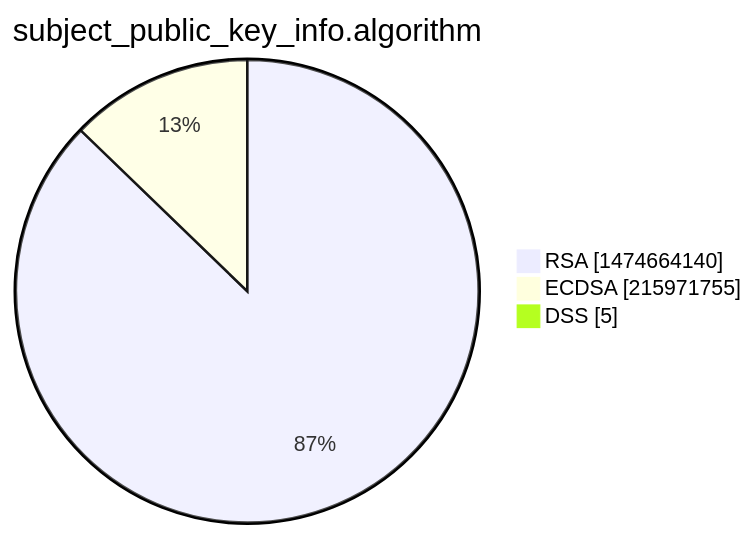
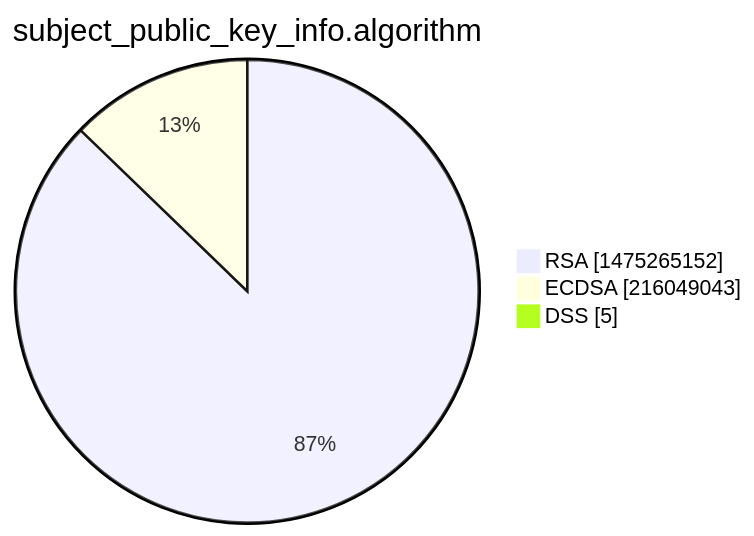
Before and after one commit to christiankrug/ctmonitor_visualization: the third of 15 diagrams in xenon2022/README.md, drawn with Mermaid. The commit also changed other lines of this file, not shown here.

````diff
--- a/xenon2022/README.md
+++ b/xenon2022/README.md
@@ -14,7 +14,7 @@
 ```mermaid
 pie showData
 title subject_public_key_info.algorithm
-"RSA" :1474664140
-"ECDSA" :215971755
+"RSA" :1475265152
+"ECDSA" :216049043
 "DSS" :5
 ```
````
